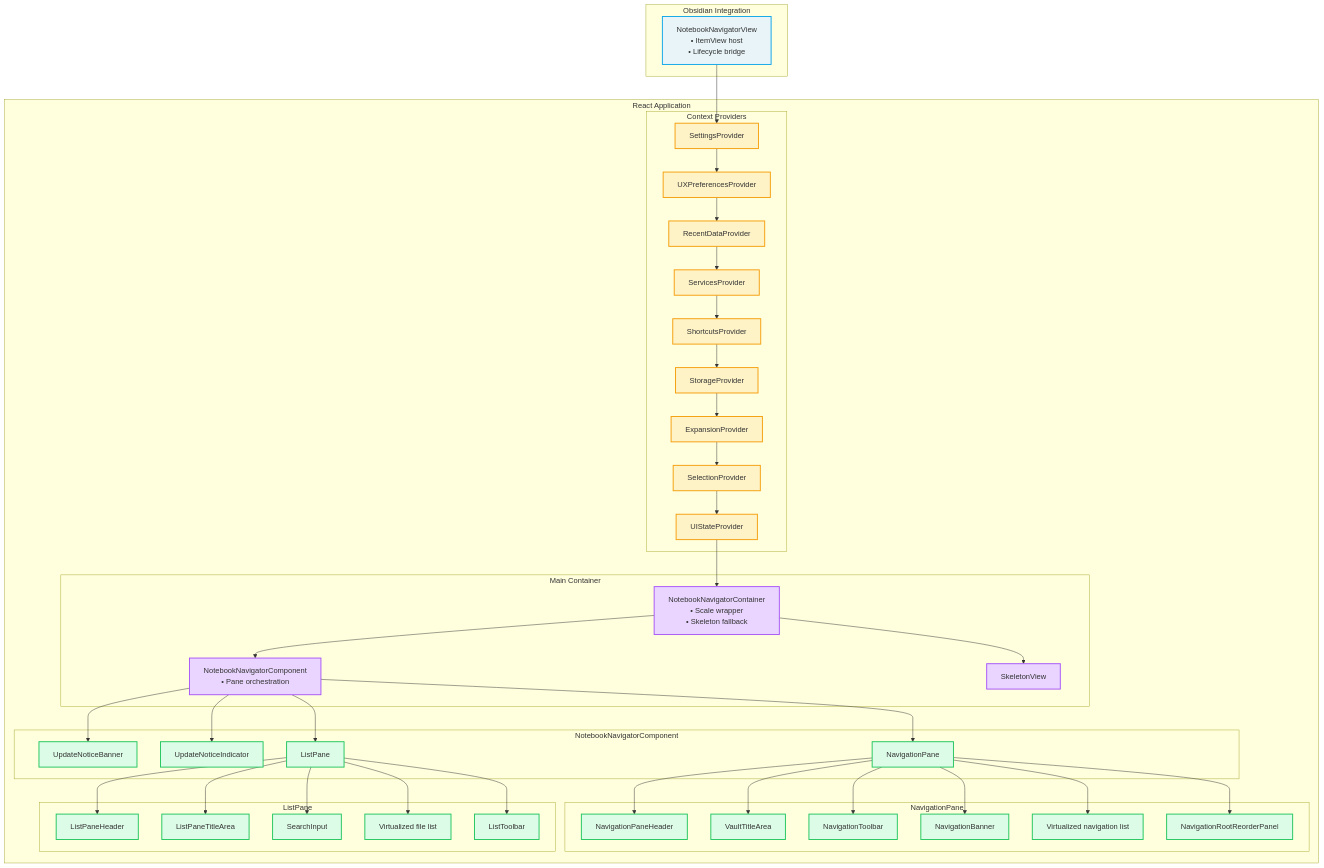
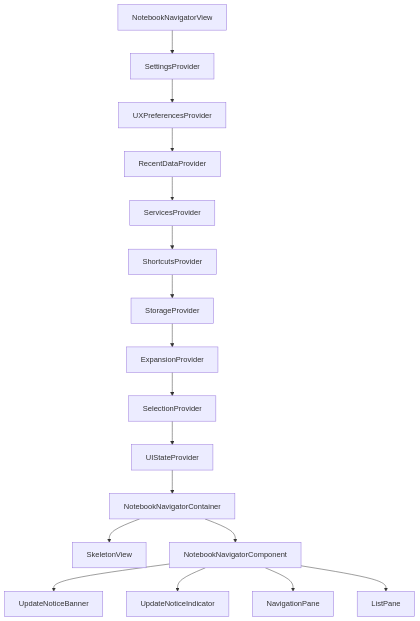
Before and after one commit to voi-tech/notebook-navigator: the first of 6 diagrams in docs/rendering-architecture.md, drawn with Mermaid. The commit also changed other lines of this file, not shown here.

Commit message:
New mermaid diagram

````diff
--- a/docs/rendering-architecture.md
+++ b/docs/rendering-architecture.md
@@ -82,82 +84,28 @@
 ```mermaid
-graph TD
-    subgraph "Obsidian Integration"
-        OV[NotebookNavigatorView<br/>• ItemView host<br/>• Lifecycle bridge]
-    end
-
-    subgraph "React Application"
-        subgraph "Context Providers"
-            SP[SettingsProvider]
-            UX[UXPreferencesProvider]
-            RD[RecentDataProvider]
-            SVC[ServicesProvider]
-            SHC[ShortcutsProvider]
-            ST[StorageProvider]
-            EP[ExpansionProvider]
-            SEL[SelectionProvider]
-            UI[UIStateProvider]
-        end
-
-        subgraph "Main Container"
-            NC[NotebookNavigatorContainer<br/>• Scale wrapper<br/>• Skeleton fallback]
-            NNC[NotebookNavigatorComponent<br/>• Pane orchestration]
-            SK[SkeletonView]
-        end
-
-        subgraph "NotebookNavigatorComponent"
-            UNB[UpdateNoticeBanner]
-            UNI[UpdateNoticeIndicator]
-            NPR[NavigationPane]
-            LPR[ListPane]
-        end
-
-        subgraph "NavigationPane"
-            NPH[NavigationPaneHeader]
-            VTA[VaultTitleArea]
-            NTB[NavigationToolbar]
-            NB[NavigationBanner]
-            NPL[Virtualized navigation list]
-            NRP[NavigationRootReorderPanel]
-        end
-
-        subgraph "ListPane"
-            LPH[ListPaneHeader]
-            LTA[ListPaneTitleArea]
-            SI[SearchInput]
-            LPL[Virtualized file list]
-            LTB[ListToolbar]
-        end
-    end
+flowchart TD
+    OV[NotebookNavigatorView]
+    SP[SettingsProvider]
+    UX[UXPreferencesProvider]
+    RD[RecentDataProvider]
+    SVC[ServicesProvider]
+    SHC[ShortcutsProvider]
+    ST[StorageProvider]
+    EP[ExpansionProvider]
+    SEL[SelectionProvider]
+    UI[UIStateProvider]
+    NC[NotebookNavigatorContainer]
+    SK[SkeletonView]
+    NNC[NotebookNavigatorComponent]
+    UNB[UpdateNoticeBanner]
+    UNI[UpdateNoticeIndicator]
+    NPR[NavigationPane]
+    LPR[ListPane]
 
     OV --> SP --> UX --> RD --> SVC --> SHC --> ST --> EP --> SEL --> UI --> NC
     NC --> SK
     NC --> NNC
     NNC --> UNB
     NNC --> UNI
     NNC --> NPR
     NNC --> LPR
-
-    NPR --> NPH
-    NPR --> VTA
-    NPR --> NTB
-    NPR --> NB
-    NPR --> NPL
-    NPR --> NRP
-
-    LPR --> LPH
-    LPR --> LTA
-    LPR --> SI
-    LPR --> LPL
-    LPR --> LTB
-
-    classDef obsidian fill:#e8f4f8,stroke:#0ea5e9,stroke-width:2px
-    classDef context fill:#fef3c7,stroke:#f59e0b,stroke-width:2px
-    classDef container fill:#e9d5ff,stroke:#a855f7,stroke-width:2px
-    classDef pane fill:#dcfce7,stroke:#22c55e,stroke-width:2px
-    classDef ui fill:#fee2e2,stroke:#ef4444,stroke-width:2px
-
-    class OV obsidian
-    class SP,UX,RD,SVC,SHC,ST,EP,SEL,UI context
-    class NC,NNC,SK container
-    class UNB,UNI,NPR,LPR,NPH,VTA,NTB,NB,NPL,NRP,LPH,LTA,SI,LPL,LTB pane
 ```
````
